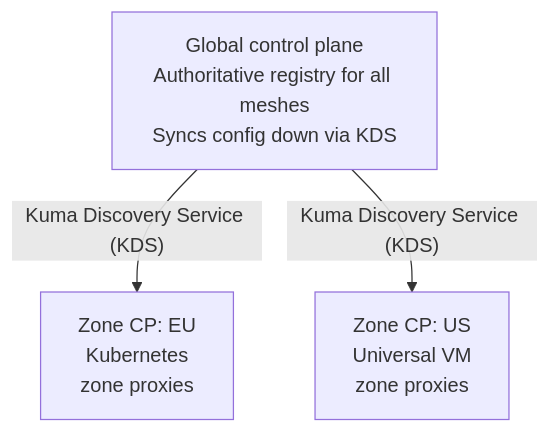
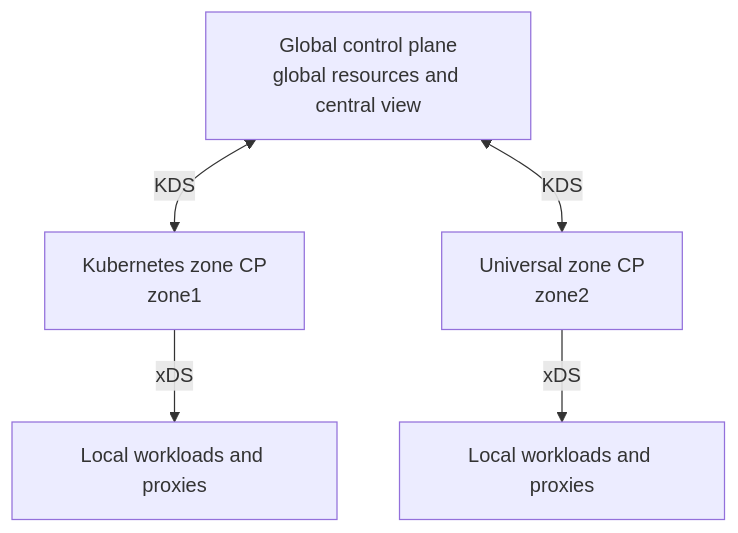
Before and after one commit to Kong/developer.konghq.com: the diagram in app/mesh/resource-scoping.md, drawn with Mermaid. The commit also changed other lines of this file and 14 other files, not shown here.

```diff
--- a/app/mesh/resource-scoping.md
+++ b/app/mesh/resource-scoping.md
@@ -44,10 +33,13 @@
 {% mermaid %}
 flowchart TD
-    GCP["Global control plane<br/>Authoritative registry for all meshes<br/>Syncs config down via KDS"]
+    K["Global control plane<br/>global resources and central view"]
+    Z1["Kubernetes zone CP<br/>zone1"]
+    Z2["Universal zone CP<br/>zone2"]
+    D1["Local workloads and proxies"]
+    D2["Local workloads and proxies"]
 
-    GCP -- "Kuma Discovery Service (KDS)" --> ZCP_EU
-    GCP -- "Kuma Discovery Service (KDS)" --> ZCP_US
-
-    ZCP_EU["Zone CP: EU<br/>Kubernetes<br/>zone proxies"]
-    ZCP_US["Zone CP: US<br/>Universal VM<br/>zone proxies"]
+    K <-->|KDS| Z1
+    K <-->|KDS| Z2
+    Z1 -->|xDS| D1
+    Z2 -->|xDS| D2
 {% endmermaid %}
```
